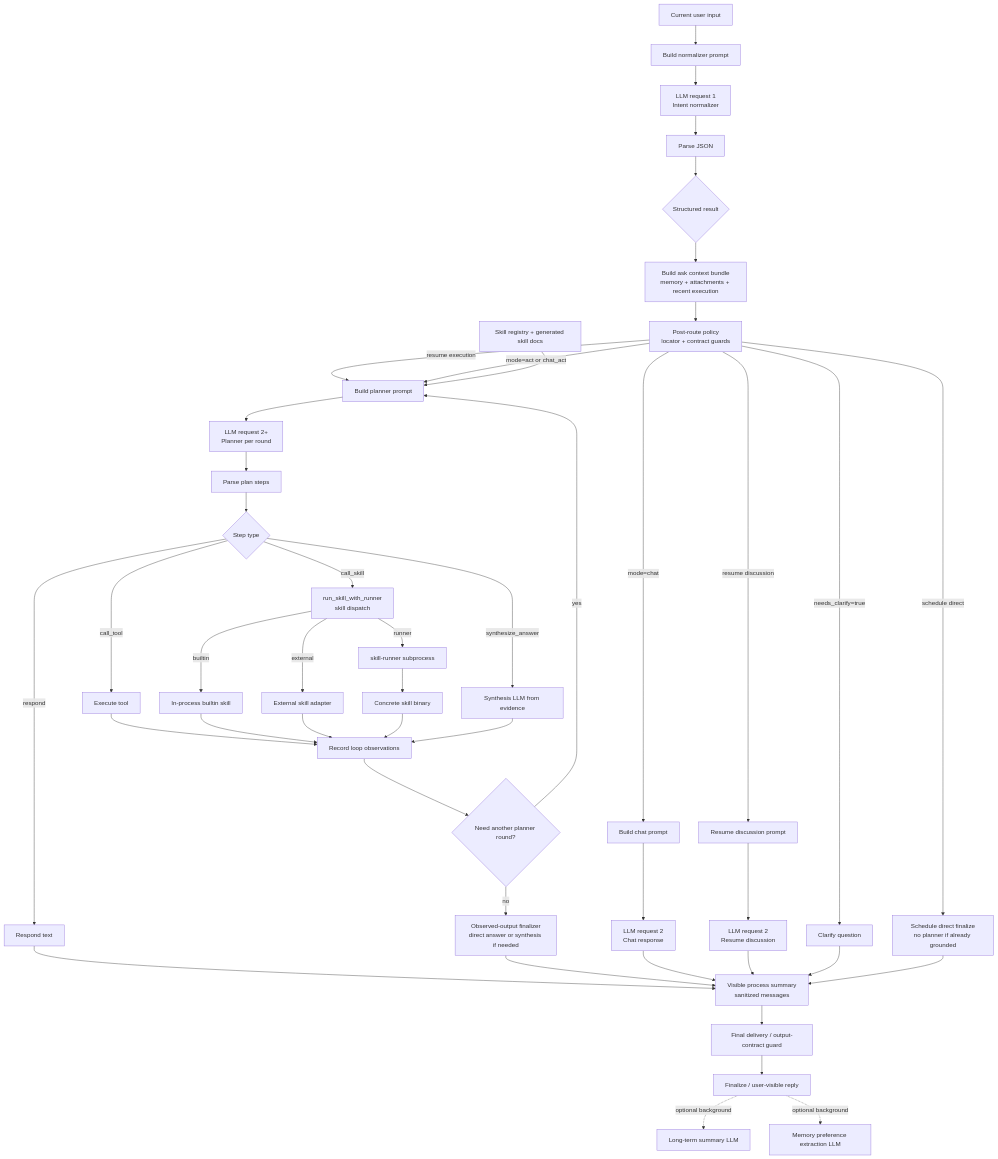
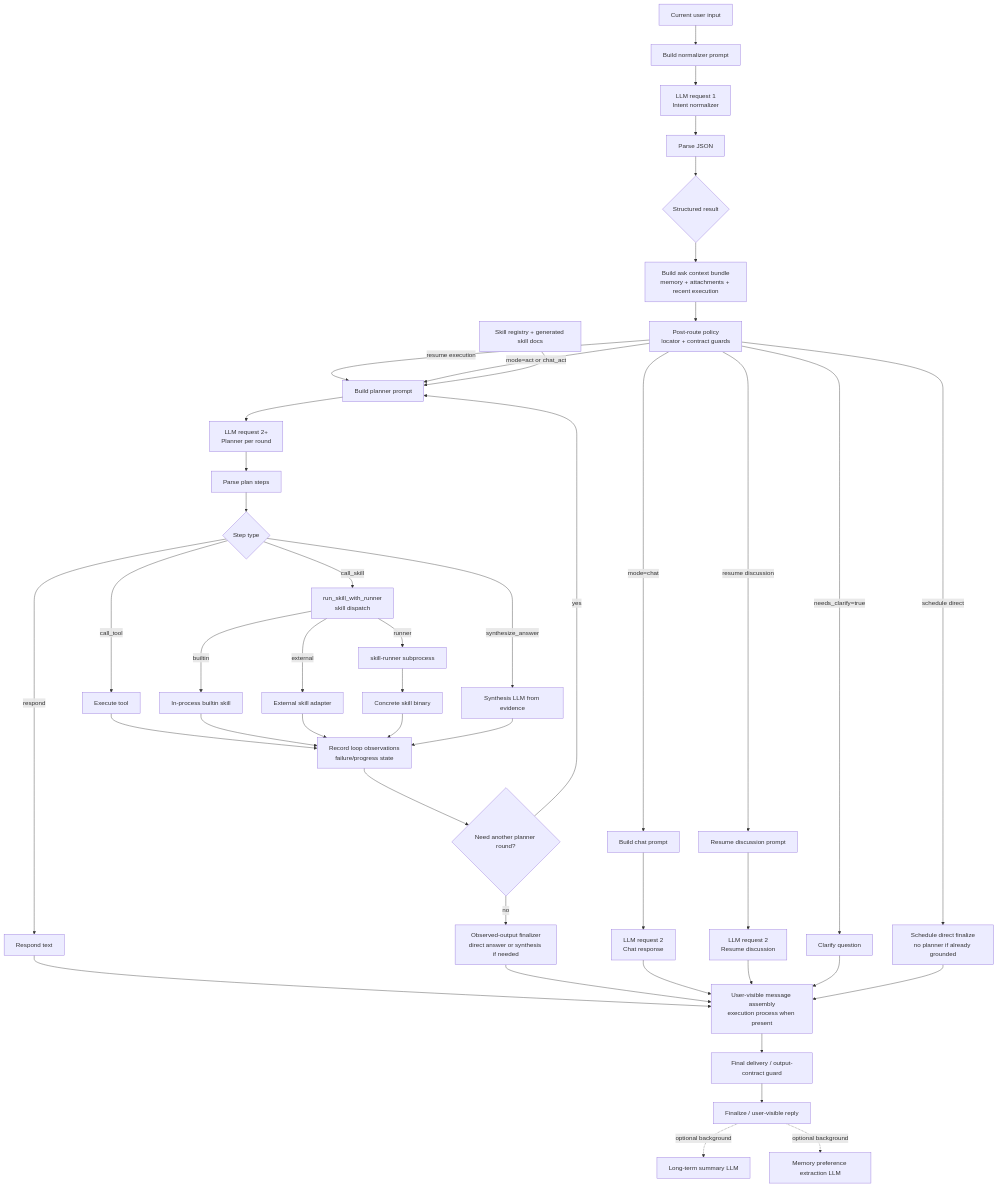
Before and after one commit to MatrixCoreX/RustClaw: the second of 2 diagrams in README.md, drawn with Mermaid. The commit also changed other lines of this file and 1 other file, not shown here.

Commit message:
Align README flow diagrams

````diff
--- a/README.md
+++ b/README.md
@@ -108,47 +108,47 @@
 ```mermaid
 flowchart TD
     A[Current user input] --> B[Build normalizer prompt]
     B --> C[LLM request 1<br/>Intent normalizer]
     C --> D[Parse JSON]
     D --> E{Structured result}
     E --> Ec[Build ask context bundle<br/>memory + attachments + recent execution]
     Ec --> E2[Post-route policy<br/>locator + contract guards]
     E2 -->|schedule direct| Fs[Schedule direct finalize<br/>no planner if already grounded]
     E2 -->|resume discussion| Fr[Resume discussion prompt]
     E2 -->|resume execution| H
     E2 -->|needs_clarify=true| F[Clarify question]
     E2 -->|mode=chat| G[Build chat prompt]
     E2 -->|mode=act or chat_act| H[Build planner prompt]
     SK[Skill registry + generated skill docs] --> H
     G --> Ic[LLM request 2<br/>Chat response]
     Fr --> Ir[LLM request 2<br/>Resume discussion]
     H --> Ip[LLM request 2+<br/>Planner per round]
     Ip --> J[Parse plan steps]
     J --> K{Step type}
     K -->|respond| L[Respond text]
     K -->|call_tool| M[Execute tool]
     K -->|call_skill| Ms[run_skill_with_runner<br/>skill dispatch]
     Ms -->|builtin| Msb[In-process builtin skill]
     Ms -->|external| Mse[External skill adapter]
     Ms -->|runner| Msr[skill-runner subprocess]
     Msr --> Msbinary[Concrete skill binary]
     K -->|synthesize_answer| N[Synthesis LLM from evidence]
-    M --> O[Record loop observations]
+    M --> O[Record loop observations<br/>failure/progress state]
     Msb --> O
     Mse --> O
     Msbinary --> O
     N --> O
     O --> P{Need another planner round?}
     P -->|yes| H
     P -->|no| Q[Observed-output finalizer<br/>direct answer or synthesis if needed]
-    L --> VP[Visible process summary<br/>sanitized messages]
+    L --> VP[User-visible message assembly<br/>execution process when present]
     Q --> VP
     Ic --> VP
     Ir --> VP
     F --> VP
     Fs --> VP
     VP --> R[Final delivery / output-contract guard]
     R --> S[Finalize / user-visible reply]
     S -. optional background .-> T[Long-term summary LLM]
     S -. optional background .-> U[Memory preference extraction LLM]
 ```
````
